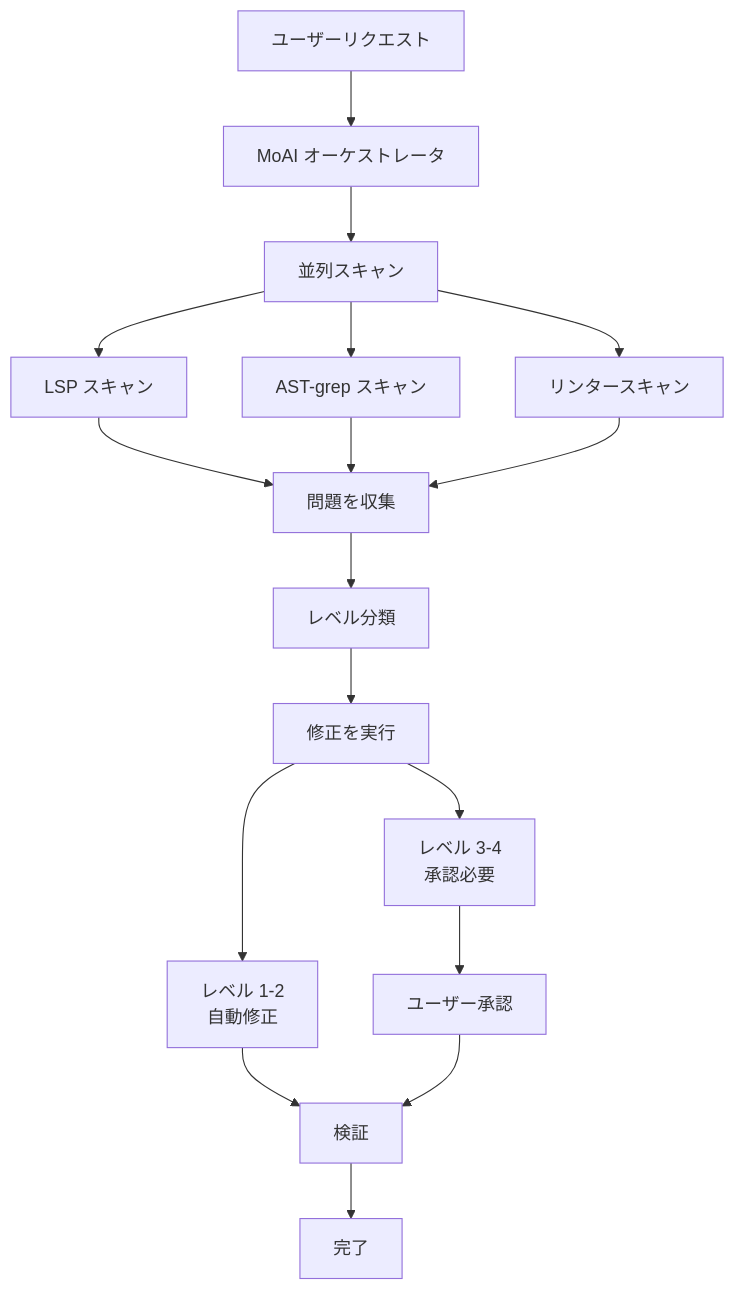
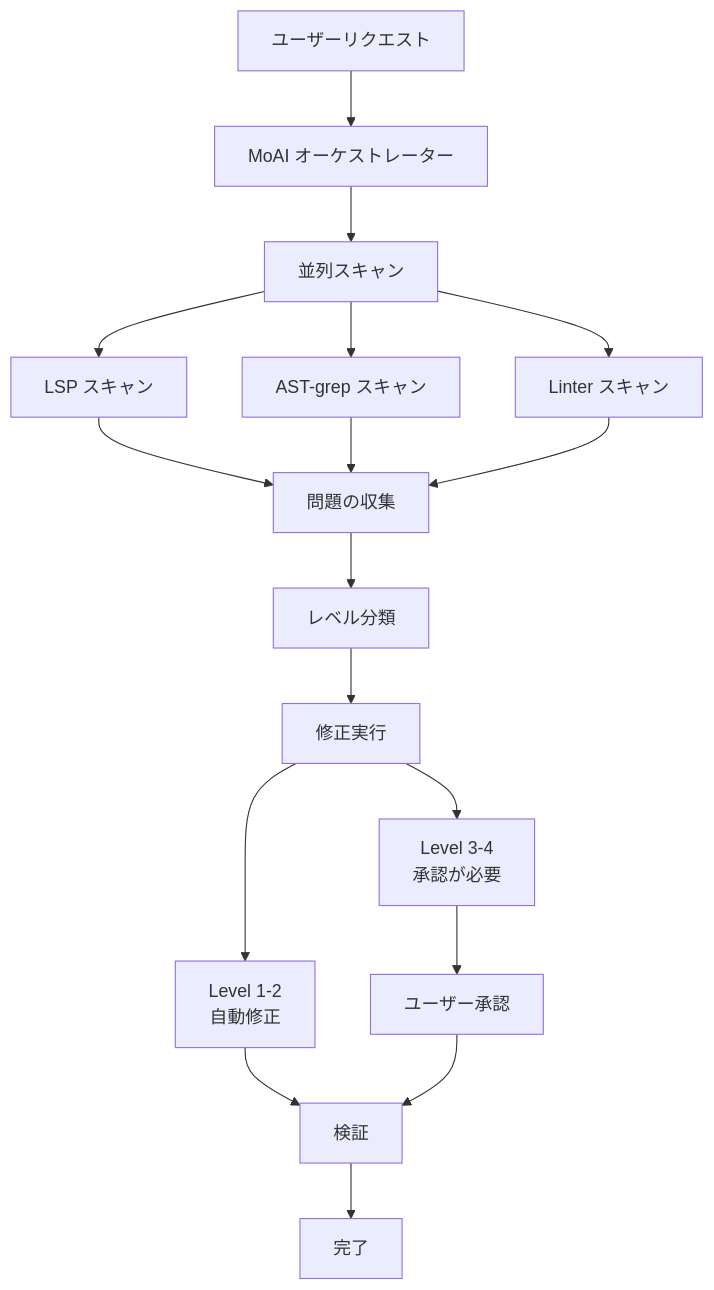
One commit to modu-ai/moai-adk changed the third of 3 diagrams in docs-site/content/ja/utility-commands/moai-fix.md. Above: the diagram before and after it, drawn with Mermaid. The commit also changed other lines of this file and 395 other files, not shown here.

````diff
--- a/docs-site/content/ja/utility-commands/moai-fix.md
+++ b/docs-site/content/ja/utility-commands/moai-fix.md
@@ -242,25 +242,25 @@
 ```mermaid
 flowchart TD
-    User["ユーザーリクエスト"] --> Orchestrator["MoAI オーケストレータ"]
+    User["ユーザーリクエスト"] --> Orchestrator["MoAI オーケストレーター"]
     Orchestrator --> Parallel["並列スキャン"]
 
     Parallel --> LSP["LSP スキャン"]
     Parallel --> AST["AST-grep スキャン"]
-    Parallel --> Linter["リンタースキャン"]
+    Parallel --> Linter["Linter スキャン"]
 
-    LSP --> Collect["問題を収集"]
+    LSP --> Collect["問題の収集"]
     AST --> Collect
     Linter --> Collect
 
     Collect --> Classify["レベル分類"]
-    Classify --> Fix["修正を実行"]
+    Classify --> Fix["修正実行"]
 
-    Fix --> Level12["レベル 1-2<br/>自動修正"]
-    Fix --> Level34["レベル 3-4<br/>承認必要"]
+    Fix --> Level12["Level 1-2<br/>自動修正"]
+    Fix --> Level34["Level 3-4<br/>承認が必要"]
 
     Level12 --> Verify["検証"]
     Level34 --> UserApprove["ユーザー承認"]
     UserApprove --> Verify
 
     Verify --> Complete["完了"]
 ```
````
